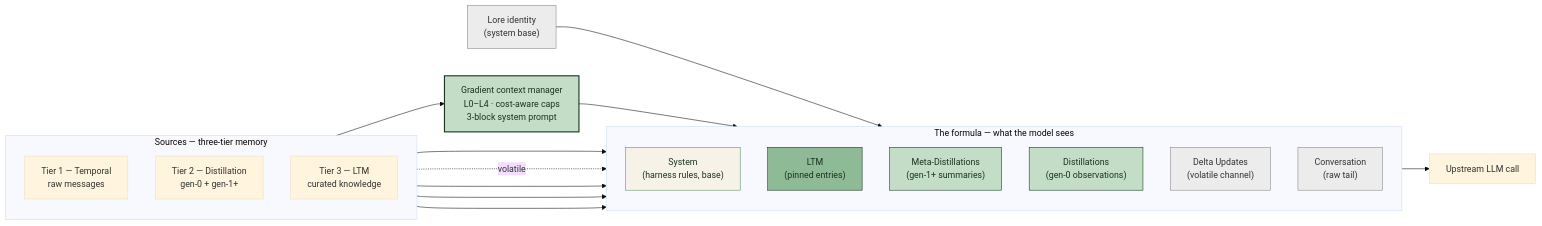
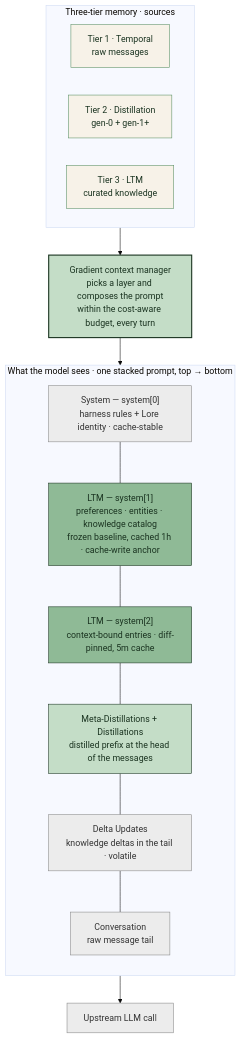
One commit to BYK/loreai changed the second of 5 diagrams in packages/website/src/content/docs/docs/architecture.md. Above: the diagram before and after it, drawn with Mermaid (base theme). The commit also changed other lines of this file, not shown here.

First line of the commit message:
docs(website): redesign architecture diagrams for readability + fix accuracy

````diff
--- a/packages/website/src/content/docs/docs/architecture.md
+++ b/packages/website/src/content/docs/docs/architecture.md
@@ -42,39 +42,32 @@
 ```mermaid
-flowchart LR
-    subgraph Tiers["Sources — three-tier memory"]
-        direction TB
-        T1["Tier 1 — Temporal<br/>raw messages"]
-        T2["Tier 2 — Distillation<br/>gen-0 + gen-1+"]
-        T3["Tier 3 — LTM<br/>curated knowledge"]
+flowchart TB
+    subgraph Sources["Three-tier memory · sources"]
+        direction LR
+        T1["Tier 1 · Temporal<br/>raw messages"]:::tier
+        T2["Tier 2 · Distillation<br/>gen-0 + gen-1+"]:::tier
+        T3["Tier 3 · LTM<br/>curated knowledge"]:::tier
     end
 
-    G["Gradient context manager<br/>L0–L4 · cost-aware caps<br/>3-block system prompt"]:::gradient
+    G["Gradient context manager<br/>picks a layer and composes the prompt<br/>within the cost-aware budget, every turn"]:::gradient
 
-    subgraph Formula["The formula — what the model sees"]
+    subgraph Stack["What the model sees · one stacked prompt, top → bottom"]
         direction TB
-        S0["System<br/>(harness rules, base)"]:::prompt
-        L["LTM<br/>(pinned entries)"]:::pinned
-        M["Meta-Distillations<br/>(gen-1+ summaries)"]:::distill
-        D["Distillations<br/>(gen-0 observations)"]:::distill
-        DU["Delta Updates<br/>(volatile channel)"]:::tail
-        C["Conversation<br/>(raw tail)"]:::tail
+        B1["System — system[0]<br/>harness rules + Lore identity · cache-stable"]:::sys
+        B2["LTM — system[1]<br/>preferences · entities · knowledge catalog<br/>frozen baseline, cached 1h · cache-write anchor"]:::pinned
+        B3["LTM — system[2]<br/>context-bound entries · diff-pinned, 5m cache"]:::pinned
+        B4["Meta-Distillations + Distillations<br/>distilled prefix at the head of the messages"]:::distill
+        B5["Delta Updates<br/>knowledge deltas in the tail · volatile"]:::tail
+        B6["Conversation<br/>raw message tail"]:::tail
+        B1 --- B2 --- B3 --- B4 --- B5 --- B6
     end
 
-    T1 --> C
-    T1 -. "volatile" .-> DU
-    T2 --> M
-    T2 --> D
-    T3 --> L
-    Base["Lore identity<br/>(system base)"]:::neutral --> S0
-    G --> Formula
-    Tiers --> G
+    Sources --> G --> Stack --> Call["Upstream LLM call"]:::ext
 
-    Formula --> Call[Upstream LLM call]
-
+    classDef tier fill:#f7f2e8,stroke:#5a8f63,color:#1a3320
     classDef gradient fill:#c4ddc7,stroke:#1a3320,stroke-width:2px,color:#1a3320
-    classDef neutral fill:#ececec,stroke:#888,color:#333
-    classDef prompt fill:#f7f2e8,stroke:#5a8f63,color:#1a3320
+    classDef sys fill:#ececec,stroke:#888,color:#333
     classDef pinned fill:#8fba96,stroke:#1a3320,color:#1a3320
     classDef distill fill:#c4ddc7,stroke:#1a3320,color:#1a3320
     classDef tail fill:#ececec,stroke:#888,color:#333
+    classDef ext fill:#ececec,stroke:#888,color:#333
 ```
````
